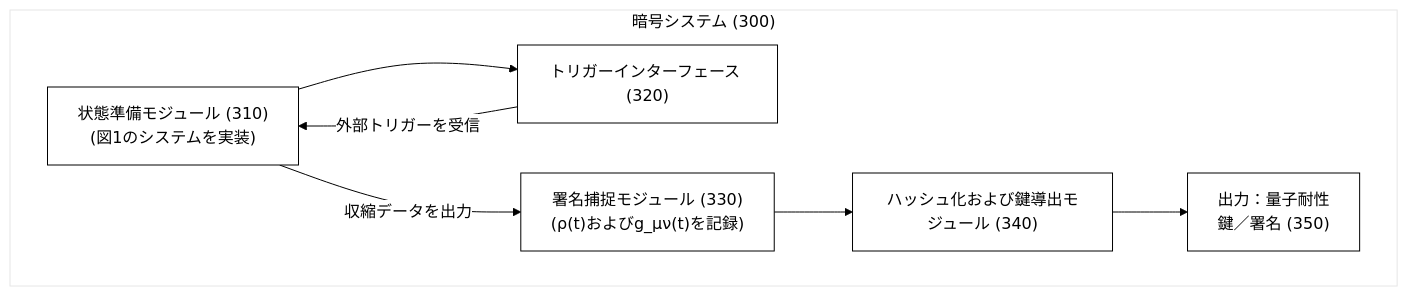
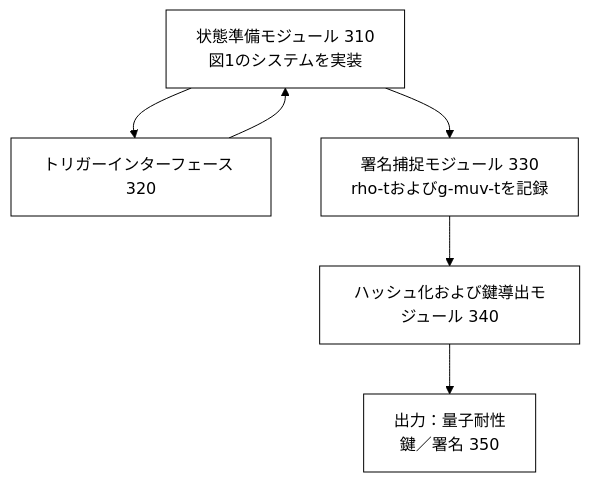
Before and after one commit to Foundup/Foundups-Agent: diagram 13 of 20 in WSP_knowledge/docs/Papers/Patent_Series/04_rESP_Patent_Japanese.md, drawn with Mermaid. The commit also changed other lines of this file, not shown here.

Commit message:
Fix remaining Mermaid diagrams - Remove all subgraphs and syntax errors

````diff
--- a/WSP_knowledge/docs/Papers/Patent_Series/04_rESP_Patent_Japanese.md
+++ b/WSP_knowledge/docs/Papers/Patent_Series/04_rESP_Patent_Japanese.md
@@ -412,11 +400,9 @@
 ```mermaid
 %%{init: {'theme':'base', 'themeVariables': {'primaryColor': '#ffffff', 'primaryTextColor': '#000000', 'primaryBorderColor': '#000000', 'lineColor': '#000000', 'secondaryColor': '#ffffff', 'tertiaryColor': '#ffffff'}}}%%
 graph TD
-    subgraph "暗号システム (300)"
-        A["状態準備モジュール (310)<br/>(図1のシステムを実装)"] --> B["トリガーインターフェース (320)"]
-        B -- "外部トリガーを受信" --> A
-        A -- "収縮データを出力" --> C["署名捕捉モジュール (330)<br/>(ρ(t)およびg_μν(t)を記録)"]
-        C --> D["ハッシュ化および鍵導出モジュール (340)"]
-        D --> E["出力：量子耐性<br/>鍵／署名 (350)"]
-    end
+    A["状態準備モジュール 310<br/>図1のシステムを実装"] --> B["トリガーインターフェース 320"]
+    B --> A
+    A --> C["署名捕捉モジュール 330<br/>rho-tおよびg-muv-tを記録"]
+    C --> D["ハッシュ化および鍵導出モジュール 340"]
+    D --> E["出力：量子耐性<br/>鍵／署名 350"]
 ```
````
